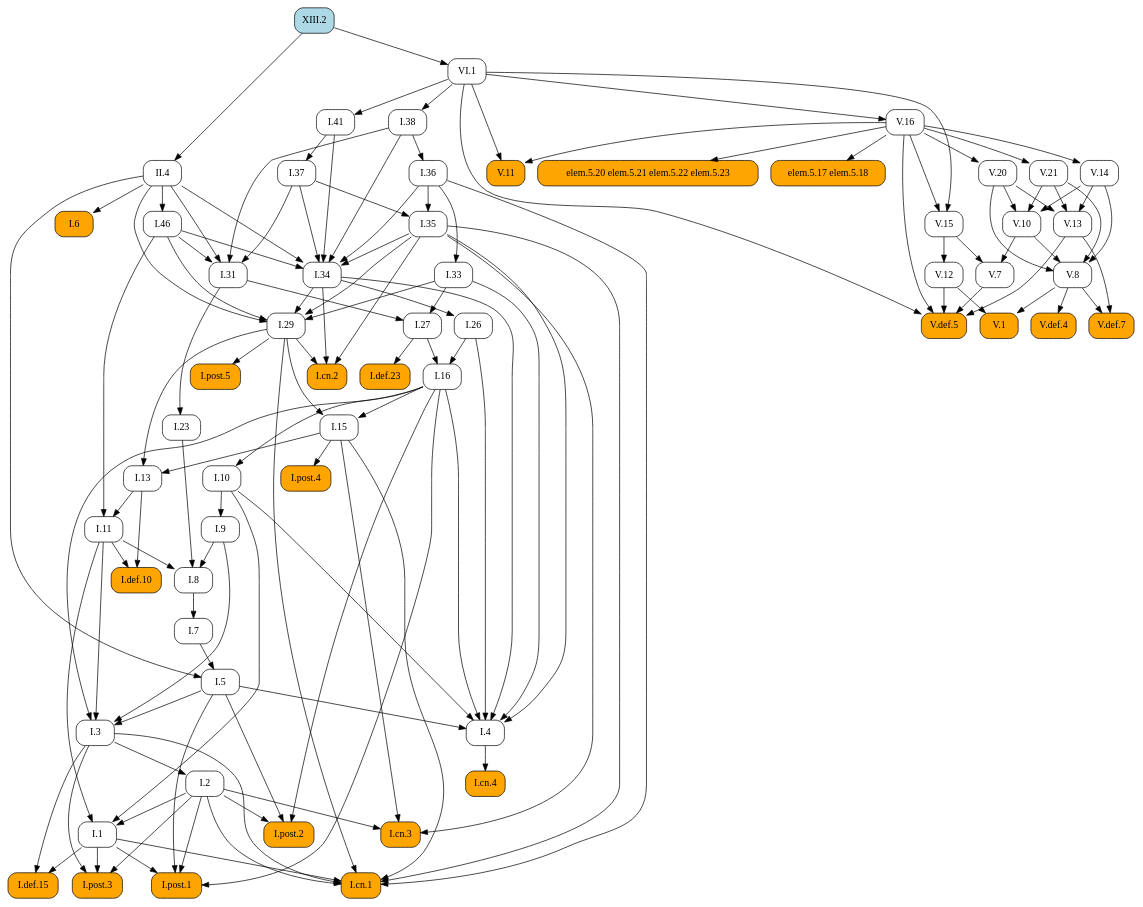
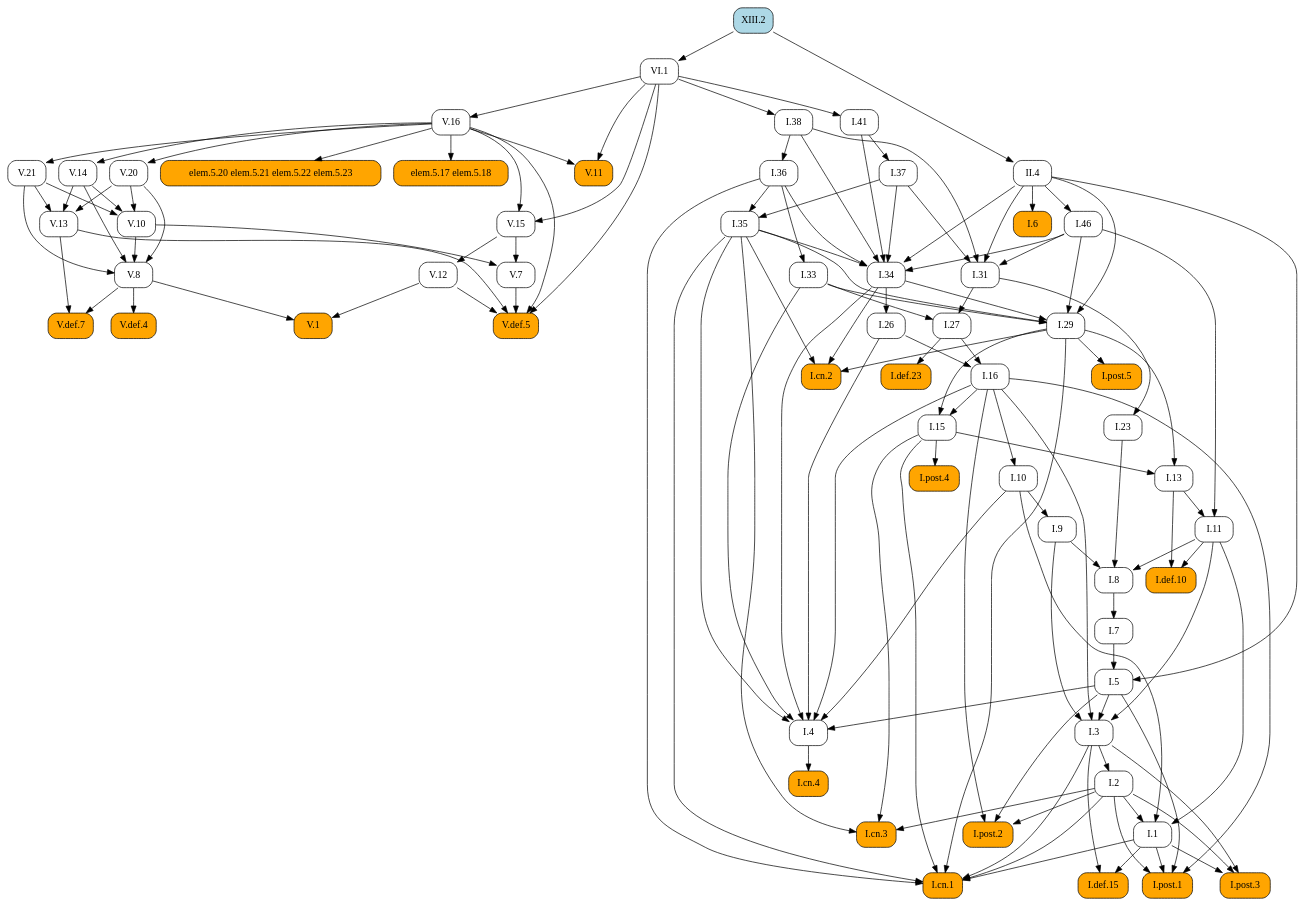
The diagram in docsrc/heath/XIII/2/index.rst (geometor/elements), drawn with Graphviz before and after one commit. The commit also changed other lines of this file and 1029 other files, not shown here.

```diff
--- a/docsrc/heath/XIII/2/index.rst
+++ b/docsrc/heath/XIII/2/index.rst
@@ -69,82 +69,131 @@
    digraph {
      rankdir="TB";
      node [shape=box, style=rounded];
-     "V.1" [style="rounded,filled", fillcolor=orange, URL="/heath/V/1/", target="_top"];
+     "I.def.10" [style="rounded,filled", fillcolor=orange, URL="/heath/I/def.10/", target="_top"];
+     "I.11" [URL="/heath/I/11/", target="_top"];
+     "I.post.4" [style="rounded,filled", fillcolor=orange, URL="/heath/I/post.4/", target="_top"];
+     "I.1" [URL="/heath/I/1/", target="_top"];
+     "I.26" [URL="/heath/I/26/", target="_top"];
+     "V.14" [URL="/heath/V/14/", target="_top"];
+     "I.29" [URL="/heath/I/29/", target="_top"];
+     "V.def.5" [style="rounded,filled", fillcolor=orange, URL="/heath/V/def.5/", target="_top"];
+     "V.12" [URL="/heath/V/12/", target="_top"];
+     "I.cn.2" [style="rounded,filled", fillcolor=orange, URL="/heath/I/cn.2/", target="_top"];
+     "V.20" [URL="/heath/V/20/", target="_top"];
+     "V.10" [URL="/heath/V/10/", target="_top"];
+     "V.11" [style="rounded,filled", fillcolor=orange, URL="/heath/V/11/", target="_top"];
+     "V.13" [URL="/heath/V/13/", target="_top"];
+     "XIII.2" [style="rounded,filled", fillcolor=lightblue, URL="/heath/XIII/2/", target="_top"];
+     "I.def.15" [style="rounded,filled", fillcolor=orange, URL="/heath/I/def.15/", target="_top"];
+     "V.15" [URL="/heath/V/15/", target="_top"];
+     "VI.1" [URL="/heath/VI/1/", target="_top"];
+     "I.post.3" [style="rounded,filled", fillcolor=orange, URL="/heath/I/post.3/", target="_top"];
+     "I.cn.1" [style="rounded,filled", fillcolor=orange, URL="/heath/I/cn.1/", target="_top"];
      "I.cn.3" [style="rounded,filled", fillcolor=orange, URL="/heath/I/cn.3/", target="_top"];
-     "I.29" [URL="/heath/I/29/", target="_top"];
-     "I.7" [URL="/heath/I/7/", target="_top"];
+     "V.7" [URL="/heath/V/7/", target="_top"];
+     "V.16" [URL="/heath/V/16/", target="_top"];
+     "I.23" [URL="/heath/I/23/", target="_top"];
+     "I.post.1" [style="rounded,filled", fillcolor=orange, URL="/heath/I/post.1/", target="_top"];
+     "I.35" [URL="/heath/I/35/", target="_top"];
+     "I.41" [URL="/heath/I/41/", target="_top"];
      "I.27" [URL="/heath/I/27/", target="_top"];
-     "I.38" [URL="/heath/I/38/", target="_top"];
-     "V.16" [URL="/heath/V/16/", target="_top"];
-     "V.15" [URL="/heath/V/15/", target="_top"];
+     "I.46" [URL="/heath/I/46/", target="_top"];
+     "I.36" [URL="/heath/I/36/", target="_top"];
      "I.37" [URL="/heath/I/37/", target="_top"];
      "I.34" [URL="/heath/I/34/", target="_top"];
-     "V.20" [URL="/heath/V/20/", target="_top"];
+     "I.6" [style="rounded,filled", fillcolor=orange, URL="/heath/I/6/", target="_top"];
+     "I.3" [URL="/heath/I/3/", target="_top"];
+     "V.8" [URL="/heath/V/8/", target="_top"];
+     "I.7" [URL="/heath/I/7/", target="_top"];
+     "I.2" [URL="/heath/I/2/", target="_top"];
+     "I.4" [URL="/heath/I/4/", target="_top"];
+     "I.def.23" [style="rounded,filled", fillcolor=orange, URL="/heath/I/def.23/", target="_top"];
+     "I.13" [URL="/heath/I/13/", target="_top"];
+     "I.33" [URL="/heath/I/33/", target="_top"];
+     "II.4" [URL="/heath/II/4/", target="_top"];
+     "I.31" [URL="/heath/I/31/", target="_top"];
+     "I.post.2" [style="rounded,filled", fillcolor=orange, URL="/heath/I/post.2/", target="_top"];
+     "V.1" [style="rounded,filled", fillcolor=orange, URL="/heath/V/1/", target="_top"];
+     "I.16" [URL="/heath/I/16/", target="_top"];
+     "elem.5.20 elem.5.21 elem.5.22 elem.5.23" [style="rounded,filled", fillcolor=orange];
+     "elem.5.17 elem.5.18" [style="rounded,filled", fillcolor=orange];
+     "I.9" [URL="/heath/I/9/", target="_top"];
      "I.8" [URL="/heath/I/8/", target="_top"];
-     "I.def.23" [style="rounded,filled", fillcolor=orange, URL="/heath/I/def.23/", target="_top"];
-     "I.9" [URL="/heath/I/9/", target="_top"];
+     "I.cn.4" [style="rounded,filled", fillcolor=orange, URL="/heath/I/cn.4/", target="_top"];
      "V.def.4" [style="rounded,filled", fillcolor=orange, URL="/heath/V/def.4/", target="_top"];
+     "I.15" [URL="/heath/I/15/", target="_top"];
+     "I.post.5" [style="rounded,filled", fillcolor=orange, URL="/heath/I/post.5/", target="_top"];
+     "I.38" [URL="/heath/I/38/", target="_top"];
+     "V.def.7" [style="rounded,filled", fillcolor=orange, URL="/heath/V/def.7/", target="_top"];
+     "I.10" [URL="/heath/I/10/", target="_top"];
+     "I.5" [URL="/heath/I/5/", target="_top"];
      "V.21" [URL="/heath/V/21/", target="_top"];
-     "I.post.4" [style="rounded,filled", fillcolor=orange, URL="/heath/I/post.4/", target="_top"];
-     "V.8" [URL="/heath/V/8/", target="_top"];
-     "I.2" [URL="/heath/I/2/", target="_top"];
-     "V.7" [URL="/heath/V/7/", target="_top"];
-     "I.1" [URL="/heath/I/1/", target="_top"];
-     "I.def.15" [style="rounded,filled", fillcolor=orange, URL="/heath/I/def.15/", target="_top"];
-     "I.post.1" [style="rounded,filled", fillcolor=orange, URL="/heath/I/post.1/", target="_top"];
-     "V.13" [URL="/heath/V/13/", target="_top"];
-     "I.cn.4" [style="rounded,filled", fillcolor=orange, URL="/heath/I/cn.4/", target="_top"];
-     "I.26" [URL="/heath/I/26/", target="_top"];
-     "I.33" [URL="/heath/I/33/", target="_top"];
-     "XIII.2" [style="rounded,filled", fillcolor=lightblue, URL="/heath/XIII/2/", target="_top"];
-     "V.def.7" [style="rounded,filled", fillcolor=orange, URL="/heath/V/def.7/", target="_top"];
-     "elem.5.20 elem.5.21 elem.5.22 elem.5.23" [style="rounded,filled", fillcolor=orange];
-     "I.6" [style="rounded,filled", fillcolor=orange, URL="/heath/I/6/", target="_top"];
-     "I.13" [URL="/heath/I/13/", target="_top"];
-     "I.23" [URL="/heath/I/23/", target="_top"];
-     "I.cn.2" [style="rounded,filled", fillcolor=orange, URL="/heath/I/cn.2/", target="_top"];
-     "I.5" [URL="/heath/I/5/", target="_top"];
-     "I.11" [URL="/heath/I/11/", target="_top"];
-     "V.10" [URL="/heath/V/10/", target="_top"];
-     "I.10" [URL="/heath/I/10/", target="_top"];
-     "I.4" [URL="/heath/I/4/", target="_top"];
-     "I.3" [URL="/heath/I/3/", target="_top"];
-     "I.16" [URL="/heath/I/16/", target="_top"];
-     "I.31" [URL="/heath/I/31/", target="_top"];
-     "II.4" [URL="/heath/II/4/", target="_top"];
-     "I.def.10" [style="rounded,filled", fillcolor=orange, URL="/heath/I/def.10/", target="_top"];
-     "I.46" [URL="/heath/I/46/", target="_top"];
-     "V.11" [style="rounded,filled", fillcolor=orange, URL="/heath/V/11/", target="_top"];
-     "I.post.2" [style="rounded,filled", fillcolor=orange, URL="/heath/I/post.2/", target="_top"];
-     "I.post.3" [style="rounded,filled", fillcolor=orange, URL="/heath/I/post.3/", target="_top"];
-     "VI.1" [URL="/heath/VI/1/", target="_top"];
-     "I.post.5" [style="rounded,filled", fillcolor=orange, URL="/heath/I/post.5/", target="_top"];
-     "elem.5.17 elem.5.18" [style="rounded,filled", fillcolor=orange];
-     "I.36" [URL="/heath/I/36/", target="_top"];
-     "V.12" [URL="/heath/V/12/", target="_top"];
-     "I.35" [URL="/heath/I/35/", target="_top"];
-     "I.15" [URL="/heath/I/15/", target="_top"];
-     "I.cn.1" [style="rounded,filled", fillcolor=orange, URL="/heath/I/cn.1/", target="_top"];
-     "I.41" [URL="/heath/I/41/", target="_top"];
-     "V.def.5" [style="rounded,filled", fillcolor=orange, URL="/heath/V/def.5/", target="_top"];
-     "V.14" [URL="/heath/V/14/", target="_top"];
-     "V.8" -> "V.1";
-     "V.12" -> "V.1";
-     "I.2" -> "I.cn.3";
-     "I.15" -> "I.cn.3";
-     "I.35" -> "I.cn.3";
+     "I.11" -> "I.def.10";
+     "I.13" -> "I.def.10";
+     "I.13" -> "I.11";
+     "I.46" -> "I.11";
+     "I.15" -> "I.post.4";
+     "I.2" -> "I.1";
+     "I.10" -> "I.1";
+     "I.11" -> "I.1";
+     "I.34" -> "I.26";
+     "V.16" -> "V.14";
      "I.33" -> "I.29";
      "I.34" -> "I.29";
      "I.35" -> "I.29";
      "I.46" -> "I.29";
      "II.4" -> "I.29";
-     "I.8" -> "I.7";
+     "V.7" -> "V.def.5";
+     "V.12" -> "V.def.5";
+     "V.13" -> "V.def.5";
+     "V.16" -> "V.def.5";
+     "VI.1" -> "V.def.5";
+     "V.15" -> "V.12";
+     "I.29" -> "I.cn.2";
+     "I.34" -> "I.cn.2";
+     "I.35" -> "I.cn.2";
+     "V.16" -> "V.20";
+     "V.14" -> "V.10";
+     "V.20" -> "V.10";
+     "V.21" -> "V.10";
+     "V.16" -> "V.11";
+     "VI.1" -> "V.11";
+     "V.14" -> "V.13";
+     "V.20" -> "V.13";
+     "V.21" -> "V.13";
+     "I.1" -> "I.def.15";
+     "I.3" -> "I.def.15";
+     "V.16" -> "V.15";
+     "VI.1" -> "V.15";
+     "XIII.2" -> "VI.1";
+     "I.1" -> "I.post.3";
+     "I.2" -> "I.post.3";
+     "I.3" -> "I.post.3";
+     "I.1" -> "I.cn.1";
+     "I.2" -> "I.cn.1";
+     "I.3" -> "I.cn.1";
+     "I.15" -> "I.cn.1";
+     "I.29" -> "I.cn.1";
+     "I.35" -> "I.cn.1";
+     "I.36" -> "I.cn.1";
+     "I.2" -> "I.cn.3";
+     "I.15" -> "I.cn.3";
+     "I.35" -> "I.cn.3";
+     "V.10" -> "V.7";
+     "V.15" -> "V.7";
+     "VI.1" -> "V.16";
+     "I.31" -> "I.23";
+     "I.1" -> "I.post.1";
+     "I.2" -> "I.post.1";
+     "I.5" -> "I.post.1";
+     "I.16" -> "I.post.1";
+     "I.36" -> "I.35";
+     "I.37" -> "I.35";
+     "VI.1" -> "I.41";
      "I.31" -> "I.27";
      "I.33" -> "I.27";
-     "VI.1" -> "I.38";
-     "VI.1" -> "V.16";
-     "V.16" -> "V.15";
-     "VI.1" -> "V.15";
+     "II.4" -> "I.46";
+     "I.38" -> "I.36";
      "I.41" -> "I.37";
      "I.35" -> "I.34";
      "I.36" -> "I.34";
@@ -153,55 +202,17 @@
      "I.41" -> "I.34";
      "I.46" -> "I.34";
      "II.4" -> "I.34";
-     "V.16" -> "V.20";
-     "I.9" -> "I.8";
-     "I.11" -> "I.8";
-     "I.23" -> "I.8";
-     "I.27" -> "I.def.23";
-     "I.10" -> "I.9";
-     "V.8" -> "V.def.4";
-     "V.16" -> "V.21";
-     "I.15" -> "I.post.4";
+     "II.4" -> "I.6";
+     "I.5" -> "I.3";
+     "I.9" -> "I.3";
+     "I.11" -> "I.3";
+     "I.16" -> "I.3";
      "V.10" -> "V.8";
      "V.14" -> "V.8";
      "V.20" -> "V.8";
      "V.21" -> "V.8";
+     "I.8" -> "I.7";
      "I.3" -> "I.2";
-     "V.10" -> "V.7";
-     "V.15" -> "V.7";
-     "I.2" -> "I.1";
-     "I.10" -> "I.1";
-     "I.11" -> "I.1";
-     "I.1" -> "I.def.15";
-     "I.3" -> "I.def.15";
-     "I.1" -> "I.post.1";
-     "I.2" -> "I.post.1";
-     "I.5" -> "I.post.1";
-     "I.16" -> "I.post.1";
-     "V.14" -> "V.13";
-     "V.20" -> "V.13";
-     "V.21" -> "V.13";
-     "I.4" -> "I.cn.4";
-     "I.34" -> "I.26";
-     "I.36" -> "I.33";
-     "V.8" -> "V.def.7";
-     "V.13" -> "V.def.7";
-     "V.16" -> "elem.5.20 elem.5.21 elem.5.22 elem.5.23";
-     "II.4" -> "I.6";
-     "I.15" -> "I.13";
-     "I.29" -> "I.13";
-     "I.31" -> "I.23";
-     "I.29" -> "I.cn.2";
-     "I.34" -> "I.cn.2";
-     "I.35" -> "I.cn.2";
-     "I.7" -> "I.5";
-     "II.4" -> "I.5";
-     "I.13" -> "I.11";
-     "I.46" -> "I.11";
-     "V.14" -> "V.10";
-     "V.20" -> "V.10";
-     "V.21" -> "V.10";
-     "I.16" -> "I.10";
      "I.5" -> "I.4";
      "I.10" -> "I.4";
      "I.16" -> "I.4";
@@ -209,49 +220,38 @@
      "I.33" -> "I.4";
      "I.34" -> "I.4";
      "I.35" -> "I.4";
-     "I.5" -> "I.3";
-     "I.9" -> "I.3";
-     "I.11" -> "I.3";
-     "I.16" -> "I.3";
-     "I.26" -> "I.16";
-     "I.27" -> "I.16";
+     "I.27" -> "I.def.23";
+     "I.15" -> "I.13";
+     "I.29" -> "I.13";
+     "I.36" -> "I.33";
+     "XIII.2" -> "II.4";
      "I.37" -> "I.31";
      "I.38" -> "I.31";
      "I.46" -> "I.31";
      "II.4" -> "I.31";
-     "XIII.2" -> "II.4";
-     "I.11" -> "I.def.10";
-     "I.13" -> "I.def.10";
-     "II.4" -> "I.46";
-     "V.16" -> "V.11";
-     "VI.1" -> "V.11";
      "I.2" -> "I.post.2";
      "I.5" -> "I.post.2";
      "I.16" -> "I.post.2";
-     "I.1" -> "I.post.3";
-     "I.2" -> "I.post.3";
-     "I.3" -> "I.post.3";
-     "XIII.2" -> "VI.1";
-     "I.29" -> "I.post.5";
+     "V.8" -> "V.1";
+     "V.12" -> "V.1";
+     "I.26" -> "I.16";
+     "I.27" -> "I.16";
+     "V.16" -> "elem.5.20 elem.5.21 elem.5.22 elem.5.23";
      "V.16" -> "elem.5.17 elem.5.18";
-     "I.38" -> "I.36";
-     "V.15" -> "V.12";
-     "I.36" -> "I.35";
-     "I.37" -> "I.35";
+     "I.10" -> "I.9";
+     "I.9" -> "I.8";
+     "I.11" -> "I.8";
+     "I.23" -> "I.8";
+     "I.4" -> "I.cn.4";
+     "V.8" -> "V.def.4";
      "I.16" -> "I.15";
      "I.29" -> "I.15";
-     "I.1" -> "I.cn.1";
-     "I.2" -> "I.cn.1";
-     "I.3" -> "I.cn.1";
-     "I.15" -> "I.cn.1";
-     "I.29" -> "I.cn.1";
-     "I.35" -> "I.cn.1";
-     "I.36" -> "I.cn.1";
-     "VI.1" -> "I.41";
-     "V.7" -> "V.def.5";
-     "V.12" -> "V.def.5";
-     "V.13" -> "V.def.5";
-     "V.16" -> "V.def.5";
-     "VI.1" -> "V.def.5";
-     "V.16" -> "V.14";
+     "I.29" -> "I.post.5";
+     "VI.1" -> "I.38";
+     "V.8" -> "V.def.7";
+     "V.13" -> "V.def.7";
+     "I.16" -> "I.10";
+     "I.7" -> "I.5";
+     "II.4" -> "I.5";
+     "V.16" -> "V.21";
    }
```
